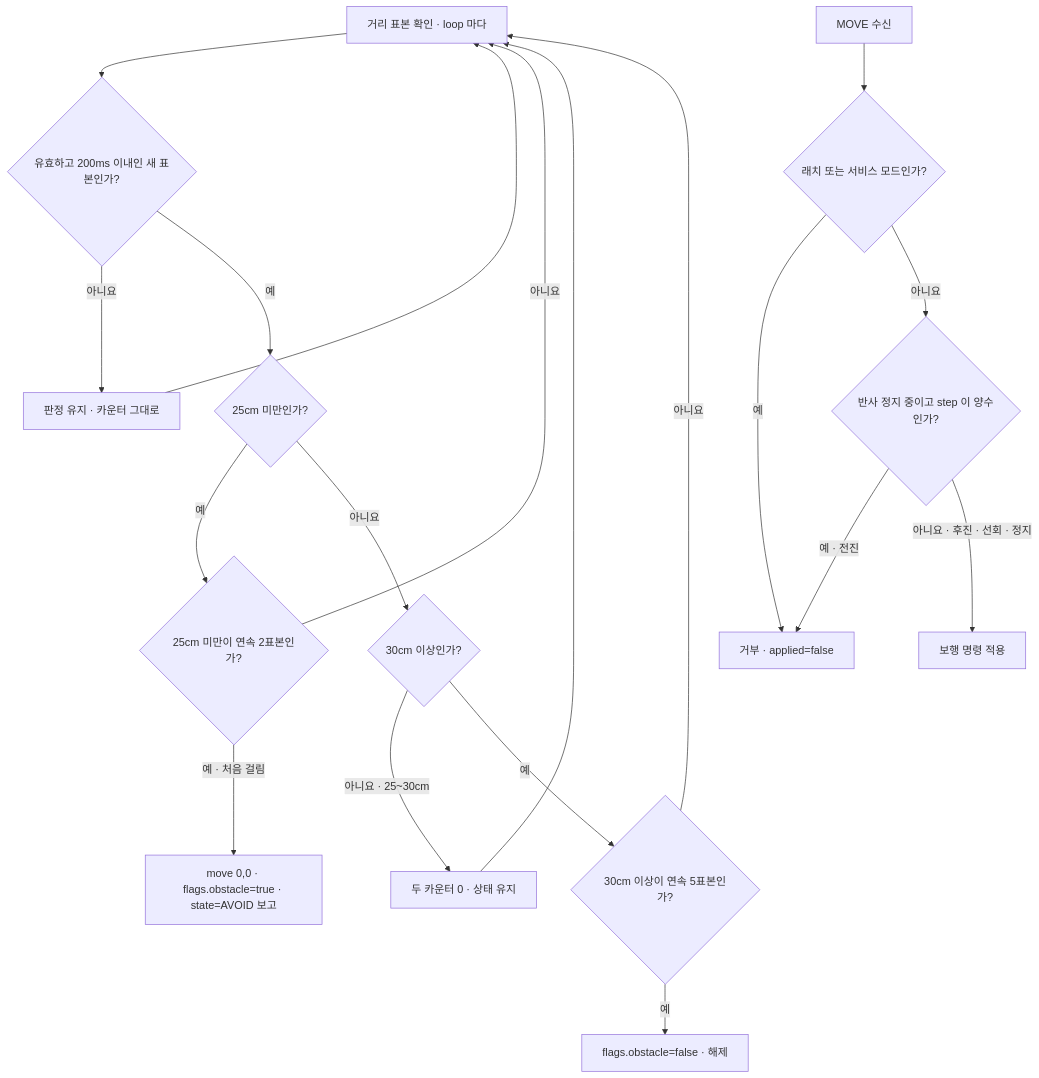
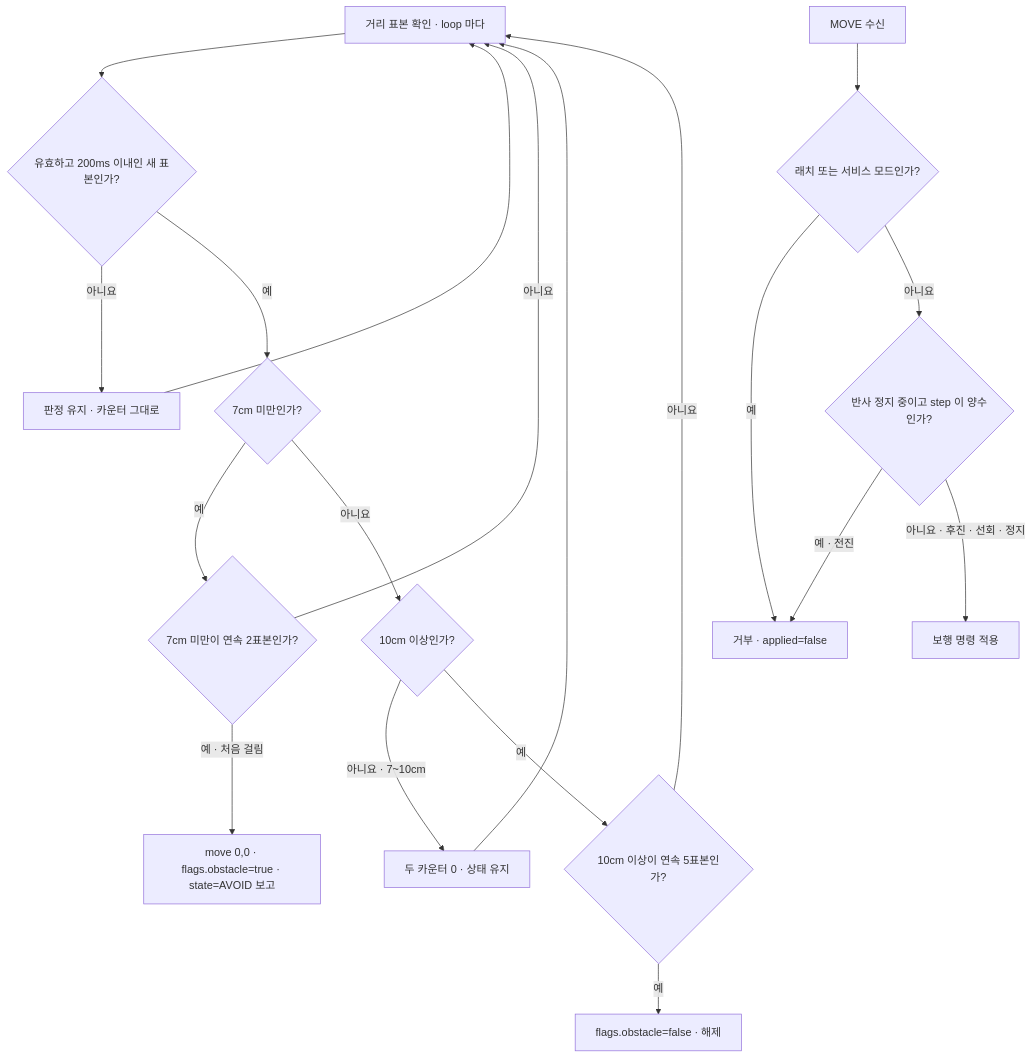
One commit to PJW-1/mechadog changed the third of 3 diagrams in docs/features/failsafe.md. Above: the diagram before and after it, drawn with Mermaid. The commit also changed other lines of this file and 10 other files, not shown here.

````diff
--- a/docs/features/failsafe.md
+++ b/docs/features/failsafe.md
@@ -56,21 +56,21 @@
 ```mermaid
 flowchart TD
   S0["거리 표본 확인 · loop 마다"] --> FRESH{"유효하고 200ms 이내인 새 표본인가?"}
   FRESH -->|아니요| KEEP["판정 유지 · 카운터 그대로"]
   KEEP --> S0
-  FRESH -->|예| NEAR{"25cm 미만인가?"}
-  NEAR -->|예| N2{"25cm 미만이 연속 2표본인가?"}
+  FRESH -->|예| NEAR{"7cm 미만인가?"}
+  NEAR -->|예| N2{"7cm 미만이 연속 2표본인가?"}
   N2 -->|아니요| S0
   N2 -->|예 · 처음 걸림| STOP["move 0,0 · flags.obstacle=true · state=AVOID 보고"]
-  NEAR -->|아니요| FAR{"30cm 이상인가?"}
-  FAR -->|아니요 · 25~30cm| MID["두 카운터 0 · 상태 유지"]
+  NEAR -->|아니요| FAR{"10cm 이상인가?"}
+  FAR -->|아니요 · 7~10cm| MID["두 카운터 0 · 상태 유지"]
   MID --> S0
-  FAR -->|예| C5{"30cm 이상이 연속 5표본인가?"}
+  FAR -->|예| C5{"10cm 이상이 연속 5표본인가?"}
   C5 -->|아니요| S0
   C5 -->|예| REL["flags.obstacle=false · 해제"]
   MV["MOVE 수신"] --> MQ{"래치 또는 서비스 모드인가?"}
   MQ -->|예| REJ["거부 · applied=false"]
   MQ -->|아니요| FWD{"반사 정지 중이고 step 이 양수인가?"}
   FWD -->|예 · 전진| REJ
   FWD -->|아니요 · 후진 · 선회 · 정지| PASS["보행 명령 적용"]
 ```
````
